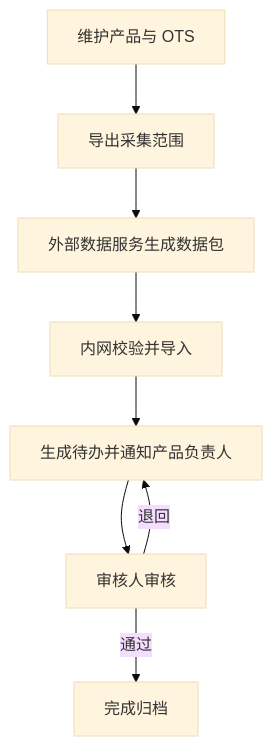
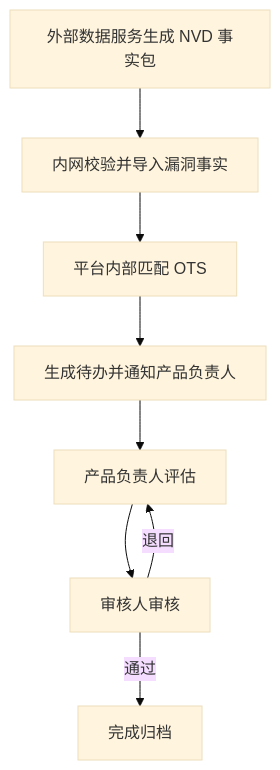
The diagram in doc/OTS-需求规格说明-V1.6.md (yileMan/1024Fxxk_Ots), drawn with Mermaid (base theme) before and after one commit. The commit also changed other lines of this file and 9 other files, not shown here.

````diff
--- a/doc/OTS-需求规格说明-V1.6.md
+++ b/doc/OTS-需求规格说明-V1.6.md
@@ -127,10 +127,10 @@
 ```mermaid
 flowchart TD
-    A["维护产品与 OTS"] --> B["导出采集范围"]
-    B --> C["外部数据服务生成数据包"]
-    C --> D["内网校验并导入"]
-    D --> F["生成待办并通知产品负责人"]
+    A["外部数据服务生成 NVD 事实包"] --> B["内网校验并导入漏洞事实"]
+    B --> C["平台内部匹配 OTS"]
+    C --> D["生成待办并通知产品负责人"]
+    D --> F["产品负责人评估"]
     F --> G["审核人审核"]
     G -->|退回| F
     G -->|通过| H["完成归档"]
 ```
````
